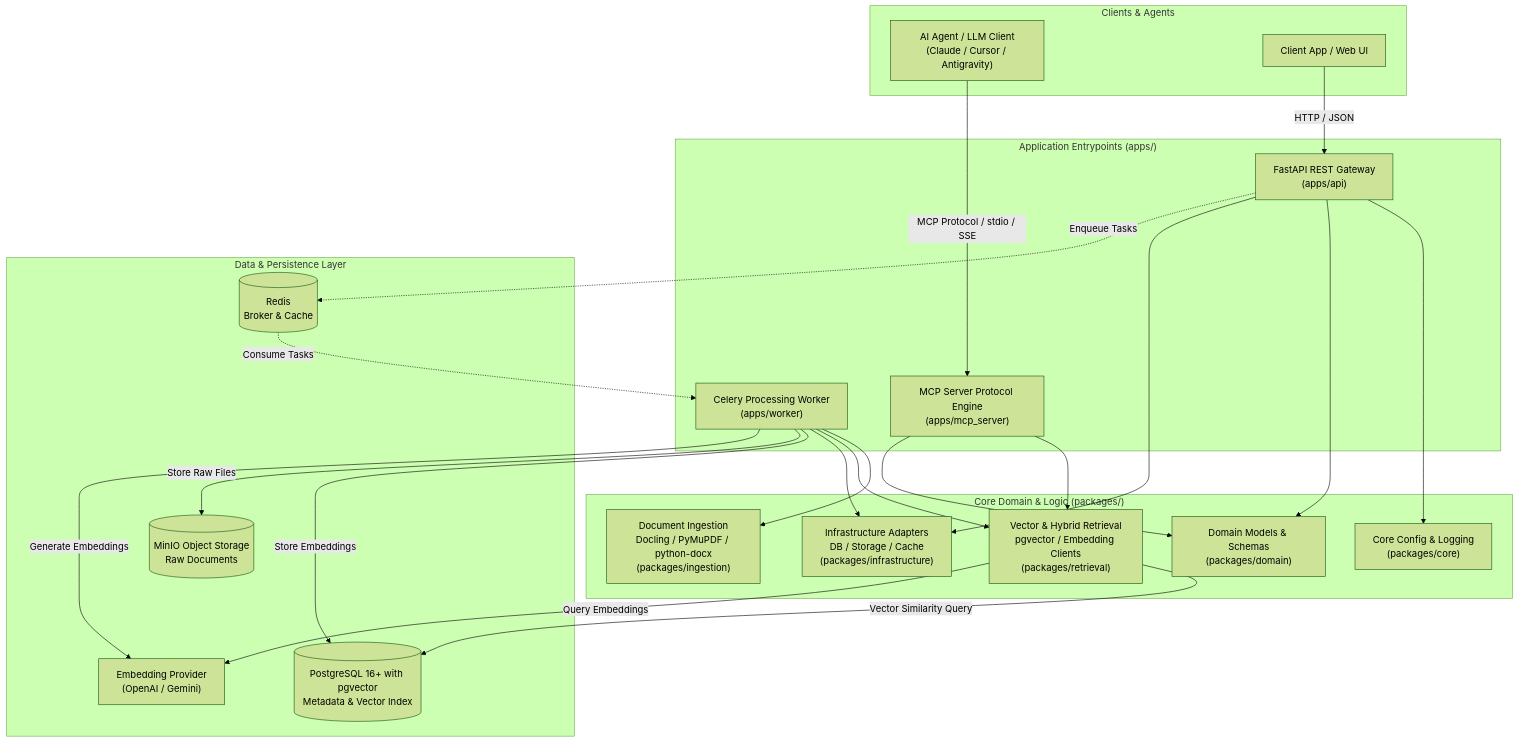
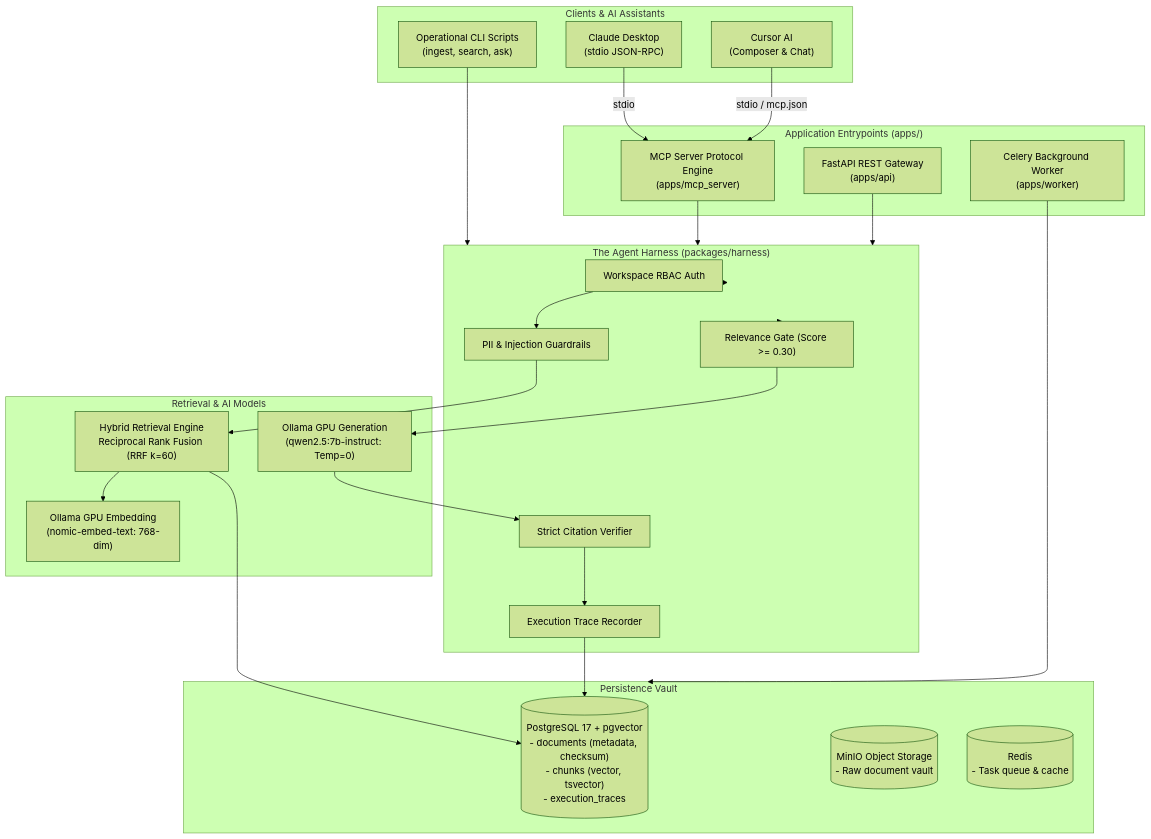
Before and after one commit to PrabuChinnathambi/mcp-knowledge-service: the first of 2 diagrams in README.md, drawn with Mermaid (forest theme). The commit also changed other lines of this file and 23 other files, not shown here.

````diff
--- a/README.md
+++ b/README.md
@@ -57,45 +76,48 @@
 ```mermaid
 flowchart TD
-    subgraph Clients["Clients & Agents"]
-        Agent["AI Agent / LLM Client\n(Claude / Cursor / Antigravity)"]
-        User["Client App / Web UI"]
+    subgraph Clients["Clients & AI Assistants"]
+        Claude["Claude Desktop\n(stdio JSON-RPC)"]
+        Cursor["Cursor AI\n(Composer & Chat)"]
+        CLI["Operational CLI Scripts\n(ingest, search, ask)"]
     end
 
     subgraph Entrypoints["Application Entrypoints (apps/)"]
+        MCP["MCP Server Protocol Engine\n(apps/mcp_server)"]
         API["FastAPI REST Gateway\n(apps/api)"]
-        MCP["MCP Server Protocol Engine\n(apps/mcp_server)"]
-        Worker["Celery Processing Worker\n(apps/worker)"]
+        Worker["Celery Background Worker\n(apps/worker)"]
     end
 
-    subgraph DomainPackages["Core Domain & Logic (packages/)"]
-        Core["Core Config & Logging\n(packages/core)"]
-        Ingestion["Document Ingestion\nDocling / PyMuPDF / python-docx\n(packages/ingestion)"]
-        Retrieval["Vector & Hybrid Retrieval\npgvector / Embedding Clients\n(packages/retrieval)"]
-        Domain["Domain Models & Schemas\n(packages/domain)"]
-        Infra["Infrastructure Adapters\nDB / Storage / Cache\n(packages/infrastructure)"]
+    subgraph Harness["The Agent Harness (packages/harness)"]
+        Auth["Workspace RBAC Auth"]
+        Guard["PII & Injection Guardrails"]
+        Gate["Relevance Gate (Score >= 0.30)"]
+        Verifier["Strict Citation Verifier"]
+        Tracer["Execution Trace Recorder"]
     end
 
-    subgraph StorageLayer["Data & Persistence Layer"]
-        PG[("PostgreSQL 16+ with pgvector\nMetadata & Vector Index")]
-        MinIO[("MinIO Object Storage\nRaw Documents")]
-        Redis[("Redis\nBroker & Cache")]
-        LLM["Embedding Provider\n(OpenAI / Gemini)"]
+    subgraph Intelligence["Retrieval & AI Models"]
+        Hybrid["Hybrid Retrieval Engine\nReciprocal Rank Fusion (RRF k=60)"]
+        OllamaEmbed["Ollama GPU Embedding\n(nomic-embed-text: 768-dim)"]
+        OllamaLLM["Ollama GPU Generation\n(qwen2.5:7b-instruct: Temp=0)"]
     end
 
-    User -->|HTTP / JSON| API
-    Agent -->|MCP Protocol / stdio / SSE| MCP
+    subgraph Storage["Persistence Vault"]
+        PG[("PostgreSQL 17 + pgvector\n- documents (metadata, checksum)\n- chunks (vector, tsvector)\n- execution_traces")]
+        MinIO[("MinIO Object Storage\n- Raw document vault")]
+        Redis[("Redis\n- Task queue & cache")]
+    end
 
-    API --> Core & Domain & Infra
-    MCP --> Retrieval & Domain
-    Worker --> Ingestion & Retrieval & Infra
+    Claude -->|stdio| MCP
+    Cursor -->|stdio / mcp.json| MCP
+    CLI --> Harness
 
-    API -.->|Enqueue Tasks| Redis
-    Redis -.->|Consume Tasks| Worker
+    MCP --> Harness
+    API --> Harness
+    Worker --> Storage
 
-    Worker -->|Store Embeddings| PG
-    Worker -->|Store Raw Files| MinIO
-    Worker -->|Generate Embeddings| LLM
-
-    Retrieval -->|Vector Similarity Query| PG
-    Retrieval -->|Query Embeddings| LLM
+    Harness --> Auth --> Guard --> Hybrid
+    Hybrid --> PG
+    Hybrid --> OllamaEmbed
+    Harness --> Gate --> OllamaLLM --> Verifier --> Tracer
+    Tracer --> PG
 ```
````
